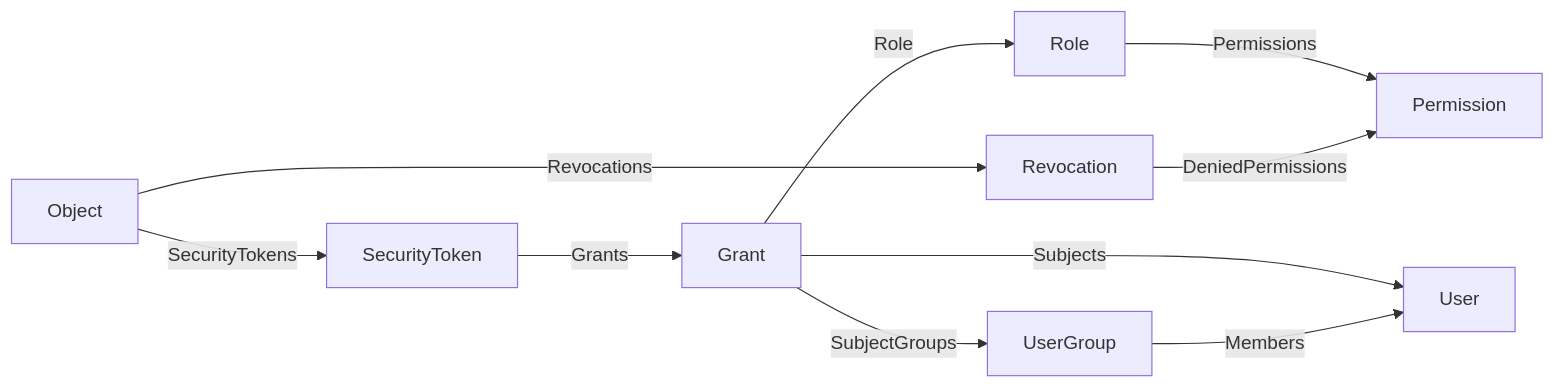
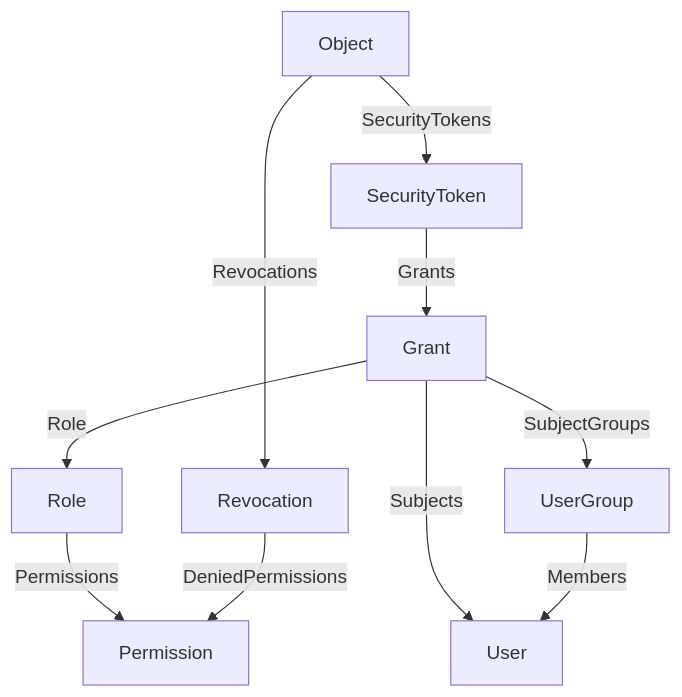
The diagram in docs/src/content/docs/security.md (allors/allors3), drawn with Mermaid before and after one commit. The commit also changed other lines of this file and 7 other files, not shown here.

````diff
--- a/docs/src/content/docs/security.md
+++ b/docs/src/content/docs/security.md
@@ -20,14 +20,14 @@
 ```mermaid
-flowchart LR
+flowchart TD
     accTitle: The objects that decide access
     accDescr: An object refers to security tokens in its role SecurityTokens and to revocations in its role Revocations. A security token holds grants in its role Grants. A grant holds one Role in its role Role, users in its role Subjects and user groups in its role SubjectGroups. A user group holds users in its role Members. A Role holds permissions in its role Permissions, and a revocation holds the permissions that it denies in its role DeniedPermissions.
     O["Object"] -- SecurityTokens --> T["SecurityToken"]
     O -- Revocations --> V["Revocation"]
     T -- Grants --> G["Grant"]
     G -- Role --> R["Role"]
     G -- Subjects --> U["User"]
     G -- SubjectGroups --> UG["UserGroup"]
     UG -- Members --> U
     R -- Permissions --> P["Permission"]
     V -- DeniedPermissions --> P
 ```
````
